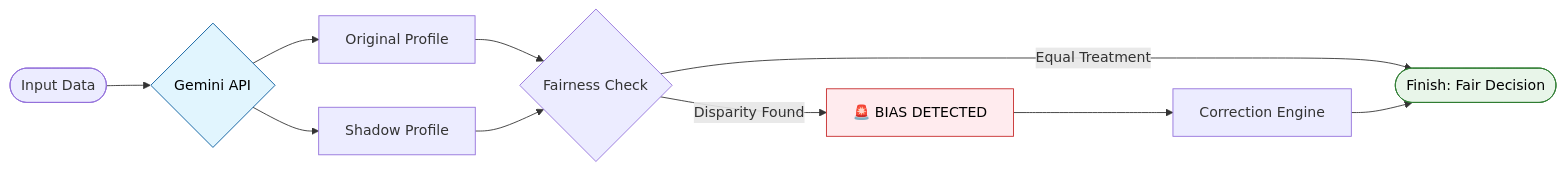
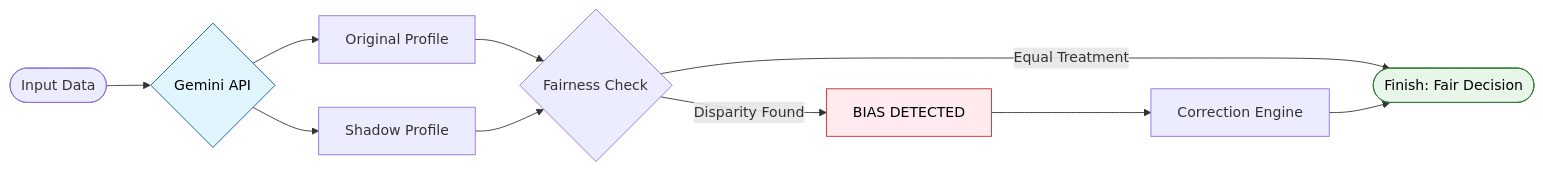
One commit to hindhusharajaram/MedFair-AI changed the second of 2 diagrams in README.md. Above: the diagram before and after it, drawn with Mermaid. The commit also changed other lines of this file, not shown here.

````diff
--- a/README.md
+++ b/README.md
@@ -126,18 +126,18 @@
 ```mermaid
 graph LR
     Start([Input Data]) --> Engine{Gemini API}
     Engine --> Profile1[Original Profile]
     Engine --> Profile2[Shadow Profile]
     
     Profile1 & Profile2 --> Audit{Fairness Check}
     
     Audit -- "Equal Treatment" --> Success([Finish: Fair Decision])
-    Audit -- "Disparity Found" --> Alert[🚨 BIAS DETECTED]
+    Audit -- "Disparity Found" --> Alert[BIAS DETECTED]
     
     Alert --> Fix[Correction Engine]
     Fix --> Success
     
     style Success fill:#E8F5E9,stroke:#2E7D32,color:#000
     style Alert fill:#FFEBEE,stroke:#C62828,color:#000
     style Engine fill:#E1F5FE,stroke:#01579B,color:#000
 ```
````
